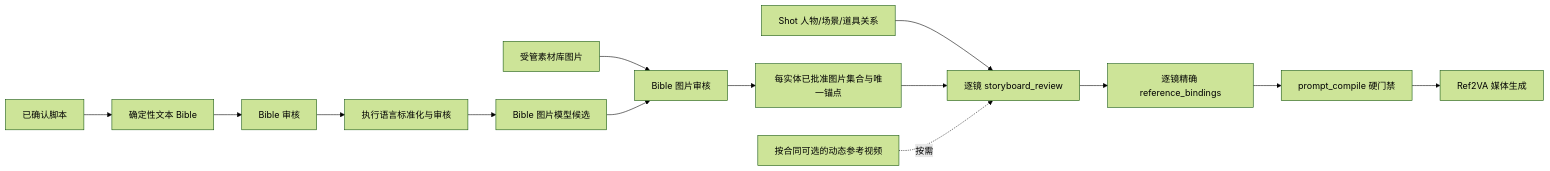
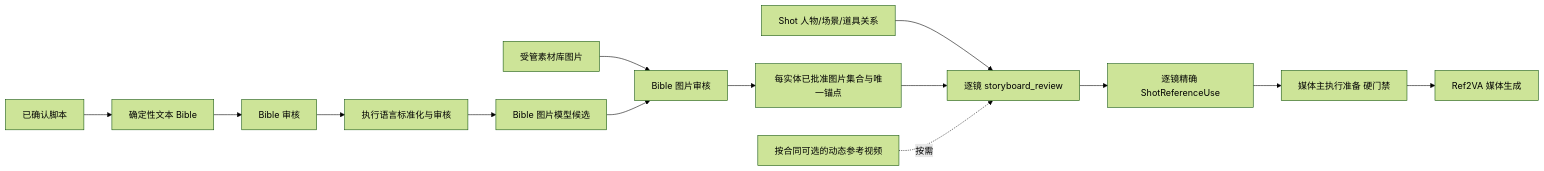
Before and after one commit to llcc0034/autocreatevideo: the second of 2 diagrams in docs/architecture.md, drawn with Mermaid (forest theme). The commit also changed other lines of this file and 2353 other files, not shown here.

````diff
--- a/docs/architecture.md
+++ b/docs/architecture.md
@@ -81,16 +701,16 @@
 ```mermaid
 flowchart LR
     SCRIPT[已确认脚本] --> TB[确定性文本 Bible]
     TB --> BR[Bible 审核]
     BR --> NORM[执行语言标准化与审核]
     NORM --> GEN[Bible 图片模型候选]
     LIB[受管素材库图片] --> IR[Bible 图片审核]
     GEN --> IR
     IR --> ANCHOR[每实体已批准图片集合与唯一锚点]
     SHOT[Shot 人物/场景/道具关系] --> SR[逐镜 storyboard_review]
     ANCHOR --> SR
     DYN[按合同可选的动态参考视频] -. 按需 .-> SR
-    SR --> BIND[逐镜精确 reference_bindings]
-    BIND --> PC[prompt_compile 硬门禁]
+    SR --> BIND[逐镜精确 ShotReferenceUse]
+    BIND --> PC[媒体主执行准备 硬门禁]
     PC --> MEDIA[Ref2VA 媒体生成]
 ```
````
